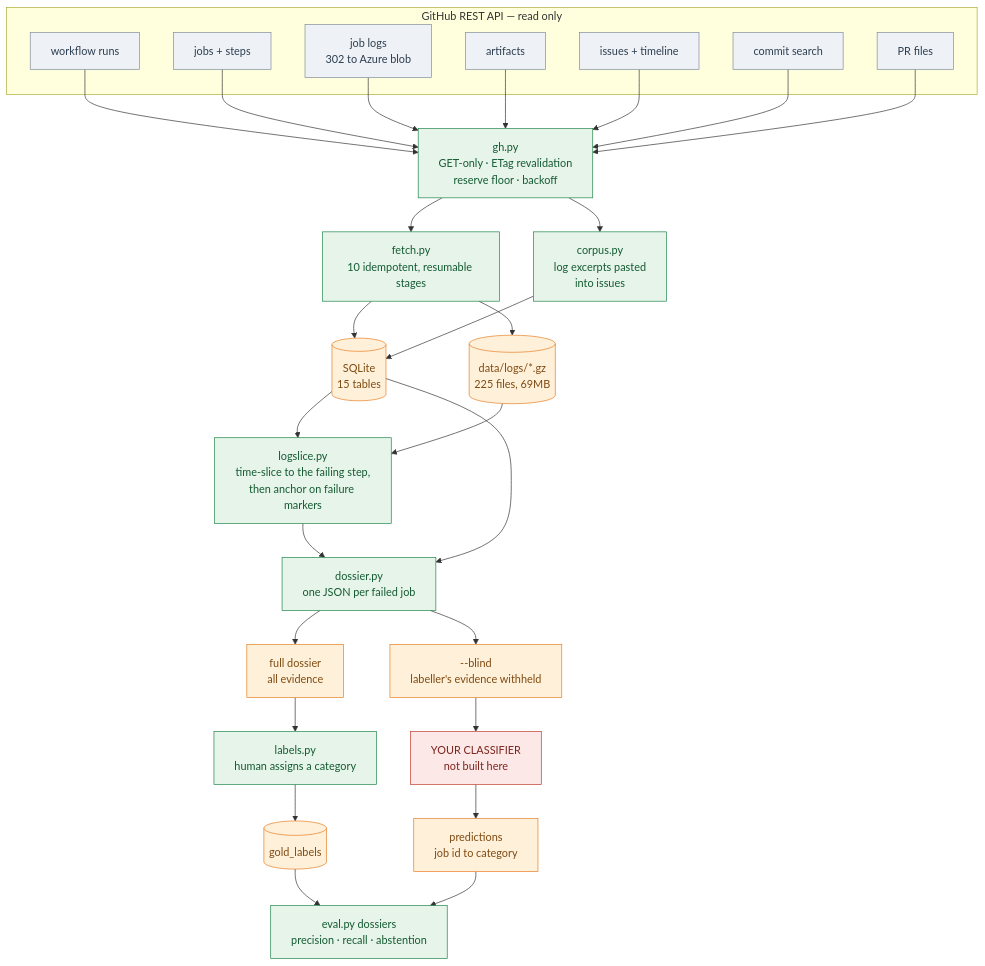
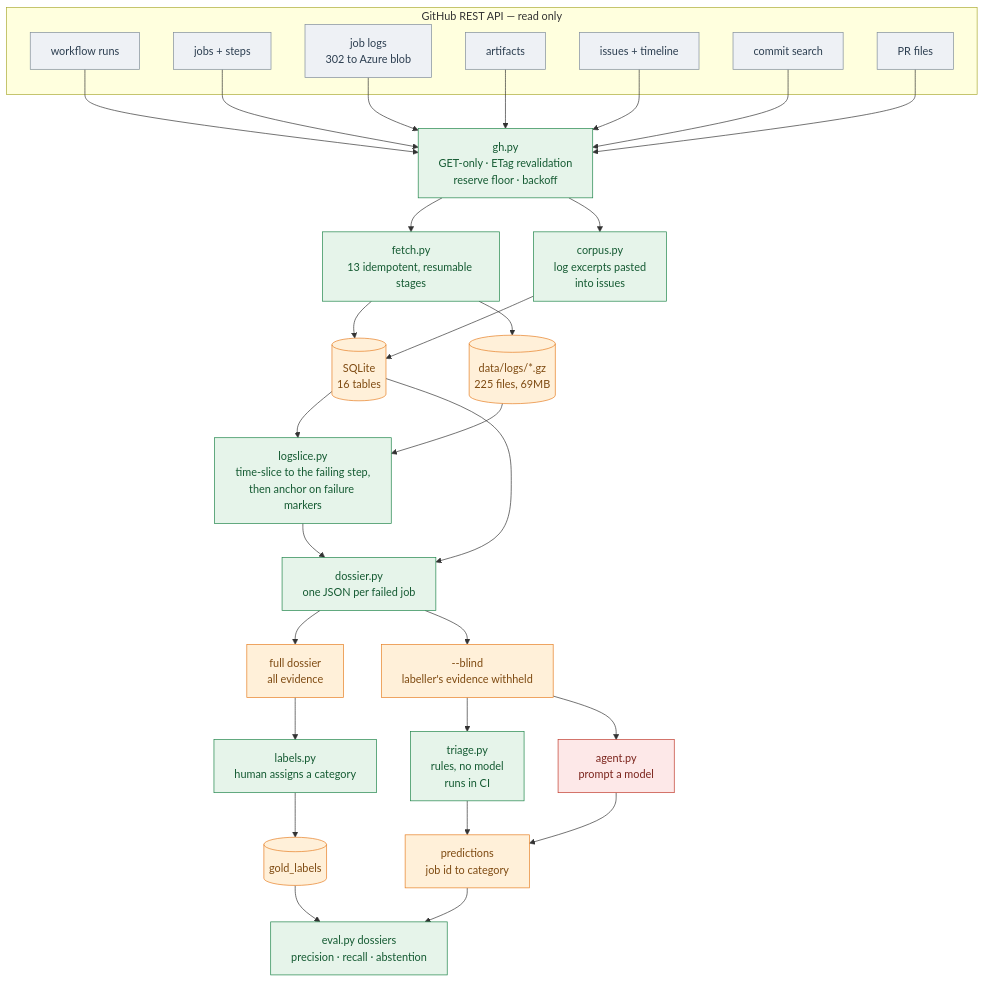
One commit to Somay-kousis/podman-flake-agent changed the first of 5 diagrams in docs/HANDBOOK.md. Above: the diagram before and after it, drawn with Mermaid. The commit also changed other lines of this file and 8 other files, not shown here.

````diff
--- a/docs/HANDBOOK.md
+++ b/docs/HANDBOOK.md
@@ -101,58 +105,60 @@
 ```mermaid
 %%{init: {"flowchart": {"curve": "basis"}}}%%
 flowchart TD
     subgraph SRC["GitHub REST API — read only"]
         S1["workflow runs"]
         S2["jobs + steps"]
         S3["job logs<br/>302 to Azure blob"]
         S4["artifacts"]
         S5["issues + timeline"]
         S6["commit search"]
         S7["PR files"]
     end
 
     GH["gh.py<br/>GET-only · ETag revalidation<br/>reserve floor · backoff"]
 
     S1 --> GH
     S2 --> GH
     S3 --> GH
     S4 --> GH
     S5 --> GH
     S6 --> GH
     S7 --> GH
 
-    GH --> FETCH["fetch.py<br/>10 idempotent, resumable stages"]
+    GH --> FETCH["fetch.py<br/>13 idempotent, resumable stages"]
     GH --> CORP["corpus.py<br/>log excerpts pasted<br/>into issues"]
 
-    FETCH --> DB[("SQLite<br/>15 tables")]
+    FETCH --> DB[("SQLite<br/>16 tables")]
     CORP --> DB
     FETCH --> GZ[("data/logs/*.gz<br/>225 files, 69MB")]
 
     DB --> SLICE["logslice.py<br/>time-slice to the failing step,<br/>then anchor on failure markers"]
     GZ --> SLICE
 
     SLICE --> DOSS["dossier.py<br/>one JSON per failed job"]
     DB --> DOSS
 
     DOSS --> FULL["full dossier<br/>all evidence"]
     DOSS --> BLIND["--blind<br/>labeller's evidence withheld"]
 
     FULL --> LAB["labels.py<br/>human assigns a category"]
     LAB --> GOLD[("gold_labels")]
 
-    BLIND --> AGENT["YOUR CLASSIFIER<br/>not built here"]
-    AGENT --> PRED["predictions<br/>job id to category"]
+    BLIND --> RULES["triage.py<br/>rules, no model<br/>runs in CI"]
+    BLIND --> AGENT["agent.py<br/>prompt a model"]
+    RULES --> PRED["predictions<br/>job id to category"]
+    AGENT --> PRED
 
     GOLD --> SCORE["eval.py dossiers<br/>precision · recall · abstention"]
     PRED --> SCORE
 
     classDef ext  fill:#eef1f5,stroke:#7f8c9b,color:#2c3e50
     classDef core fill:#e6f4ea,stroke:#1e8449,color:#145a32
     classDef store fill:#fff0d9,stroke:#e67e22,color:#7e4a11
     classDef yours fill:#fde8e8,stroke:#c0392b,color:#7b241c
 
     class S1,S2,S3,S4,S5,S6,S7 ext
-    class GH,FETCH,CORP,SLICE,DOSS,LAB,SCORE core
+    class GH,FETCH,CORP,SLICE,DOSS,LAB,SCORE,RULES core
     class DB,GZ,GOLD,FULL,BLIND,PRED store
     class AGENT yours
 ```
````
